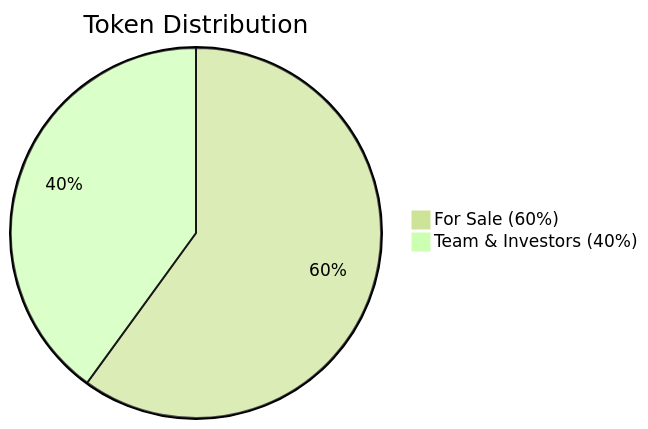
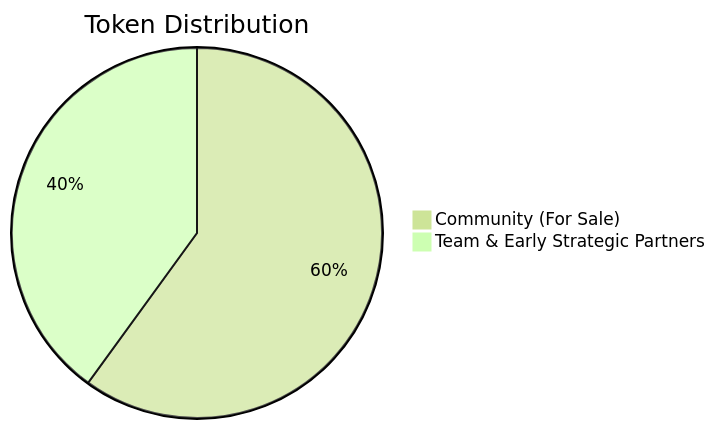
One commit to PremierFootball/whitepaper changed the first of 2 diagrams in tokenomics.md. Above: the diagram before and after it, drawn with Mermaid (forest theme). The commit also changed other lines of this file and 20 other files, not shown here.

Commit message:
design: enable dark mode, add professional logo, and modernize diagrams

````diff
--- a/tokenomics.md
+++ b/tokenomics.md
@@ -15,5 +15,5 @@
 ```mermaid
 pie title Token Distribution
-    "For Sale (60%)" : 60
-    "Team & Investors (40%)" : 40
+    "Community (For Sale)" : 60
+    "Team & Early Strategic Partners" : 40
 ```
````
